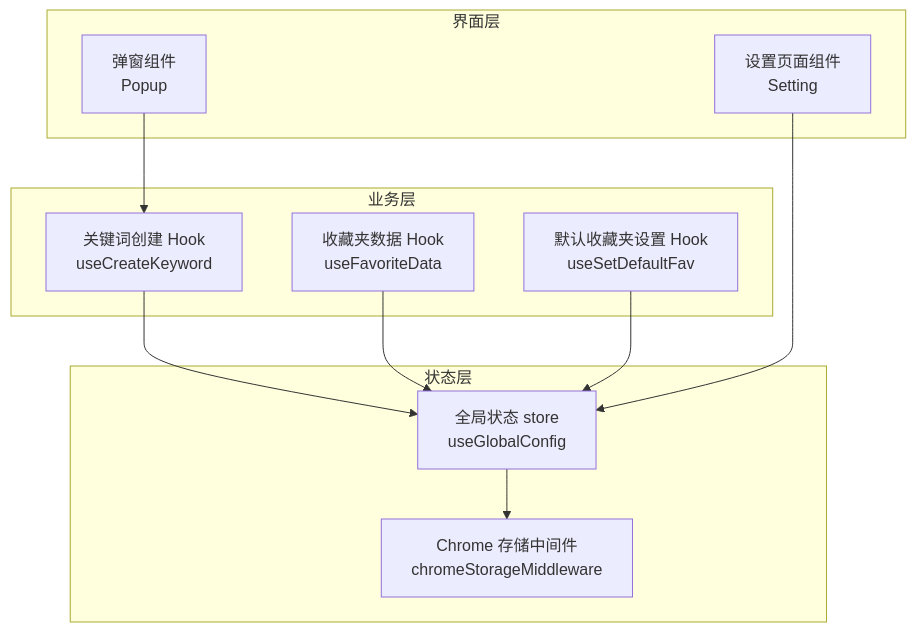
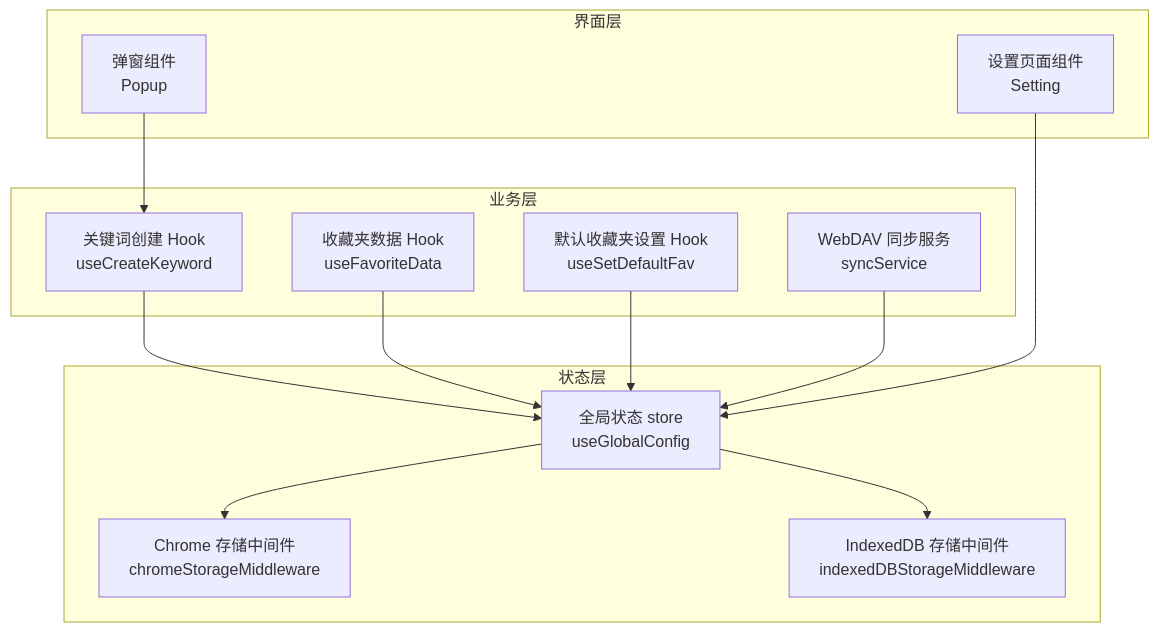
The first of 11 diagrams in .qoder/repowiki/zh/content/架构设计/状态管理设计.md (RadiumAg/bilibili-favorites), drawn with Mermaid before and after one commit. The commit also changed other lines of this file and 2 other files, not shown here.

````diff
--- a/.qoder/repowiki/zh/content/架构设计/状态管理设计.md
+++ b/.qoder/repowiki/zh/content/架构设计/状态管理设计.md
@@ -38,22 +50,26 @@
 ```mermaid
 graph TB
 subgraph "状态层"
 G["全局状态 store<br/>useGlobalConfig"]
-M["Chrome 存储中间件<br/>chromeStorageMiddleware"]
+M1["Chrome 存储中间件<br/>chromeStorageMiddleware"]
+M2["IndexedDB 存储中间件<br/>indexedDBStorageMiddleware"]
 end
 subgraph "业务层"
 HK["关键词创建 Hook<br/>useCreateKeyword"]
 HF["收藏夹数据 Hook<br/>useFavoriteData"]
 HD["默认收藏夹设置 Hook<br/>useSetDefaultFav"]
+WS["WebDAV 同步服务<br/>syncService"]
 end
 subgraph "界面层"
 OP["弹窗组件<br/>Popup"]
 ST["设置页面组件<br/>Setting"]
 end
-G --> M
+G --> M1
+G --> M2
 HK --> G
 HF --> G
 HD --> G
+WS --> G
 OP --> HK
 ST --> G
 ```
````
